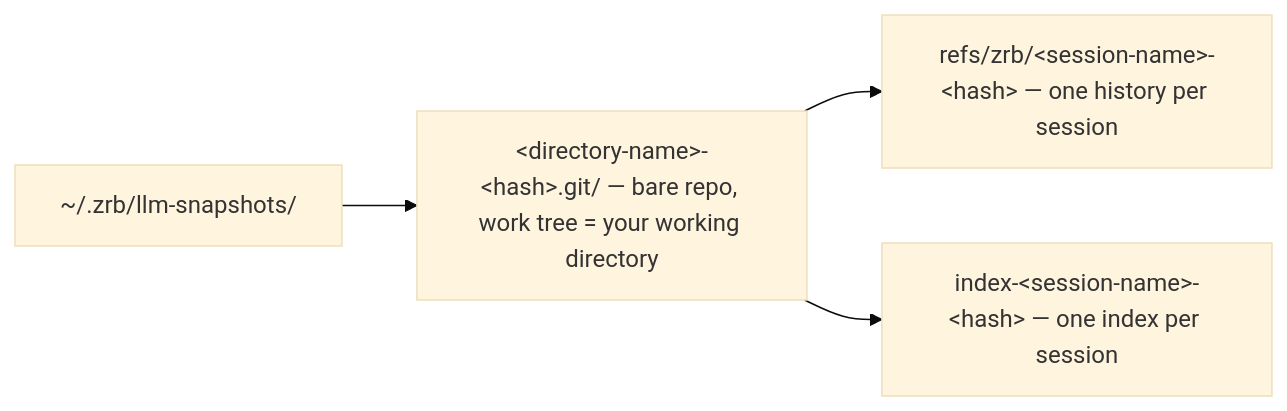
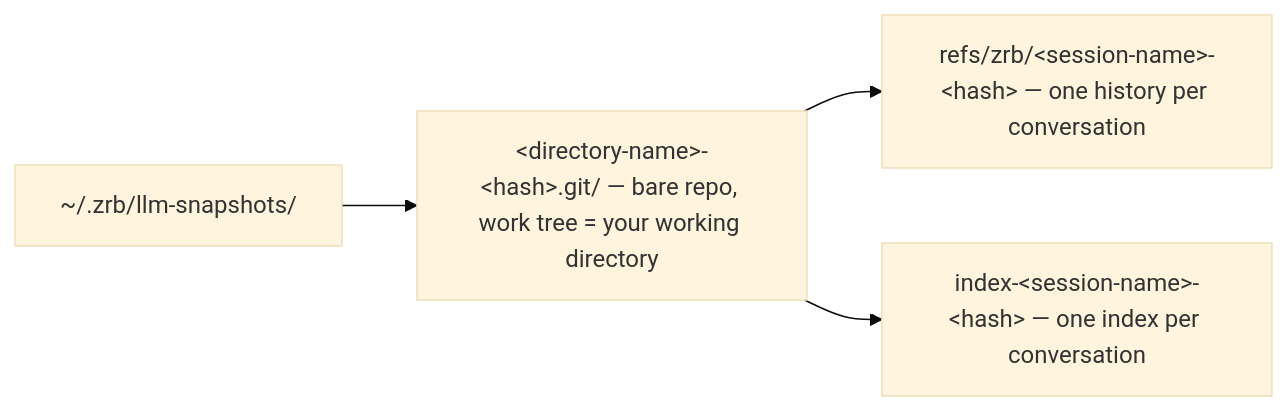
The second of 3 diagrams in docs/configuration/llm-config.md (state-alchemists/zrb), drawn with Mermaid (base theme) before and after one commit. The commit also changed 2 other files, not shown here.

Commit message:
Say rewind history is per conversation, and why
The ref and index cache are keyed by the conversation's name: the
identity its chat history is saved and resumed under, random unless the
user names it. Each snapshot records that conversation's message count,
so a resumed conversation must find its snapshots again. Running one
conversation in two processes at once shares its rewind history as it
shares its chat history; neither is supported.

ADR-0101 gains "key the history by the live process" as a rejected
alternative. The manager docstring drops the claim that concurrent
sessions never share a lock, stale since each operation got its own
index.

````diff
--- a/docs/configuration/llm-config.md
+++ b/docs/configuration/llm-config.md
@@ -508,6 +508,6 @@
 ```mermaid
 flowchart LR
     Root["~/.zrb/llm-snapshots/"] --> Store["&lt;directory-name&gt;-&lt;hash&gt;.git/ — bare repo, work tree = your working directory"]
-    Store --> Refs["refs/zrb/&lt;session-name&gt;-&lt;hash&gt; — one history per session"]
-    Store --> Index["index-&lt;session-name&gt;-&lt;hash&gt; — one index per session"]
+    Store --> Refs["refs/zrb/&lt;session-name&gt;-&lt;hash&gt; — one history per conversation"]
+    Store --> Index["index-&lt;session-name&gt;-&lt;hash&gt; — one index per conversation"]
 ```
````
